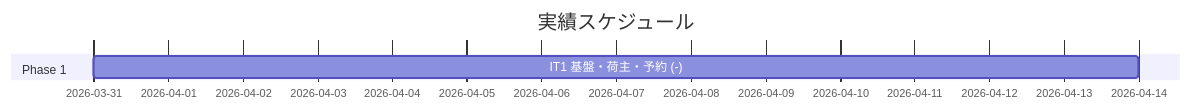
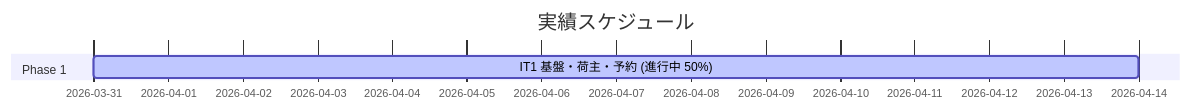
One commit to k2works/case-study-cargo-tracker changed the second of 3 diagrams in docs/development/release_plan.md. Above: the diagram before and after it, drawn with Mermaid. The commit also changed other lines of this file and 1 other file, not shown here.

````diff
--- a/docs/development/release_plan.md
+++ b/docs/development/release_plan.md
@@ -162,8 +162,8 @@
 ```mermaid
 gantt
     title 実績スケジュール
     dateFormat  YYYY-MM-DD
     section Phase 1
-    IT1 基盤・荷主・予約 (-)      :it1a, 2026-03-31, 14d
+    IT1 基盤・荷主・予約 (進行中 50%)  :active, it1a, 2026-03-31, 14d
     section Phase 2
 ```
````
